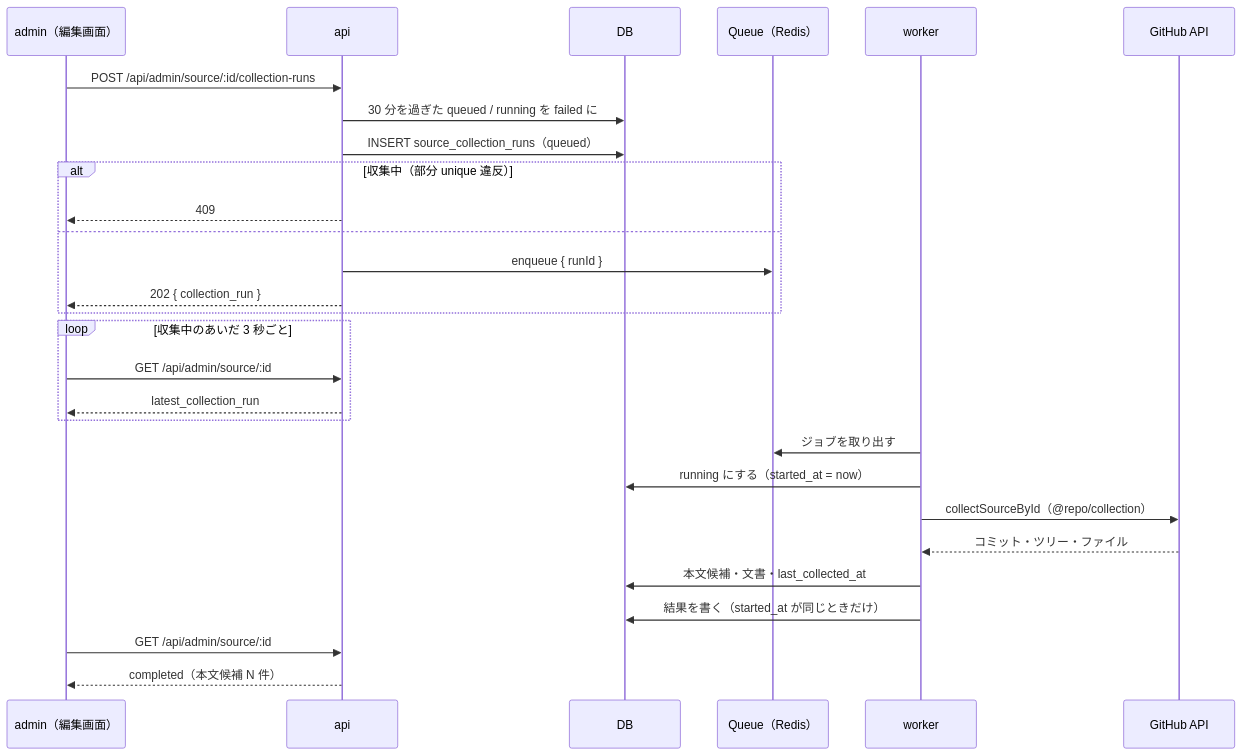
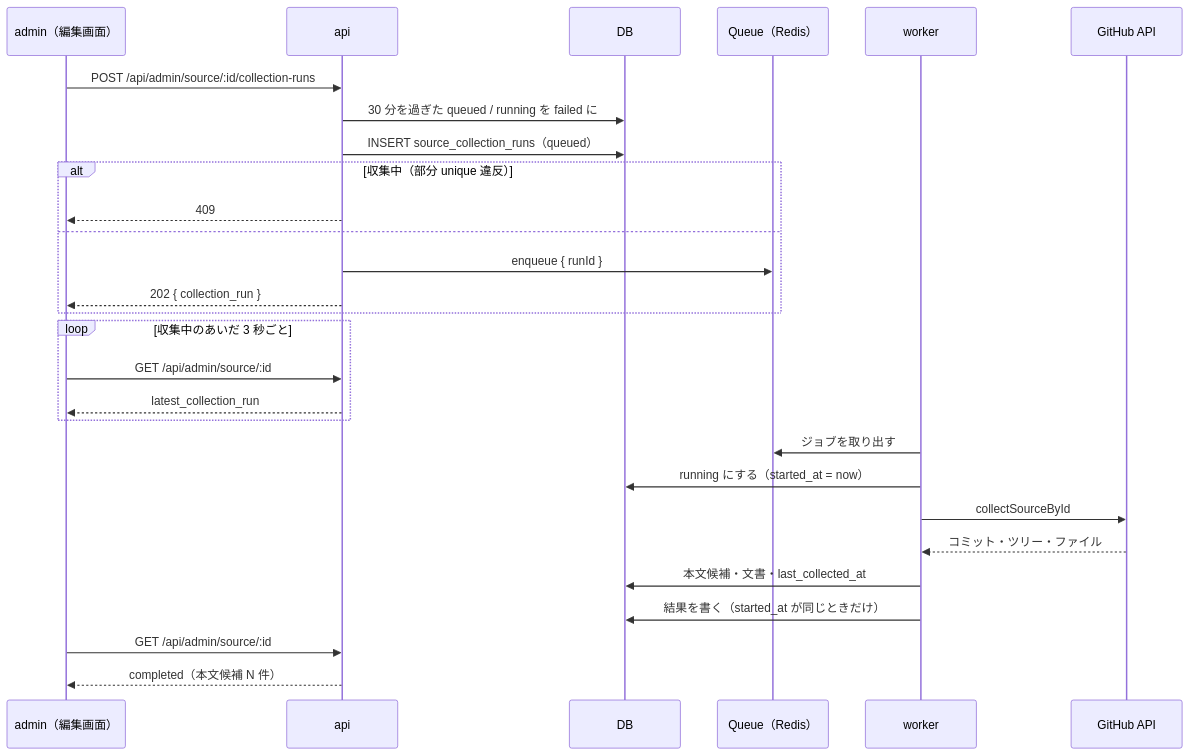
Before and after one commit to kentakki416/tech-english: the second of 2 diagrams in docs/spec/manual-collection/README.md, drawn with Mermaid. The commit also changed other lines of this file and 8 other files, not shown here.

````diff
--- a/docs/spec/manual-collection/README.md
+++ b/docs/spec/manual-collection/README.md
@@ -210,31 +228,31 @@
 ```mermaid
 sequenceDiagram
     participant A as admin（編集画面）
     participant API as api
     participant DB as DB
     participant Q as Queue（Redis）
     participant W as worker
     participant GH as GitHub API
 
     A->>API: POST /api/admin/source/:id/collection-runs
     API->>DB: 30 分を過ぎた queued / running を failed に
     API->>DB: INSERT source_collection_runs（queued）
     alt 収集中（部分 unique 違反）
         API-->>A: 409
     else
         API->>Q: enqueue { runId }
         API-->>A: 202 { collection_run }
     end
     loop 収集中のあいだ 3 秒ごと
         A->>API: GET /api/admin/source/:id
         API-->>A: latest_collection_run
     end
     W->>Q: ジョブを取り出す
     W->>DB: running にする（started_at = now）
-    W->>GH: collectSourceById（@repo/collection）
+    W->>GH: collectSourceById
     GH-->>W: コミット・ツリー・ファイル
     W->>DB: 本文候補・文書・last_collected_at
     W->>DB: 結果を書く（started_at が同じときだけ）
     A->>API: GET /api/admin/source/:id
     API-->>A: completed（本文候補 N 件）
 ```
````
